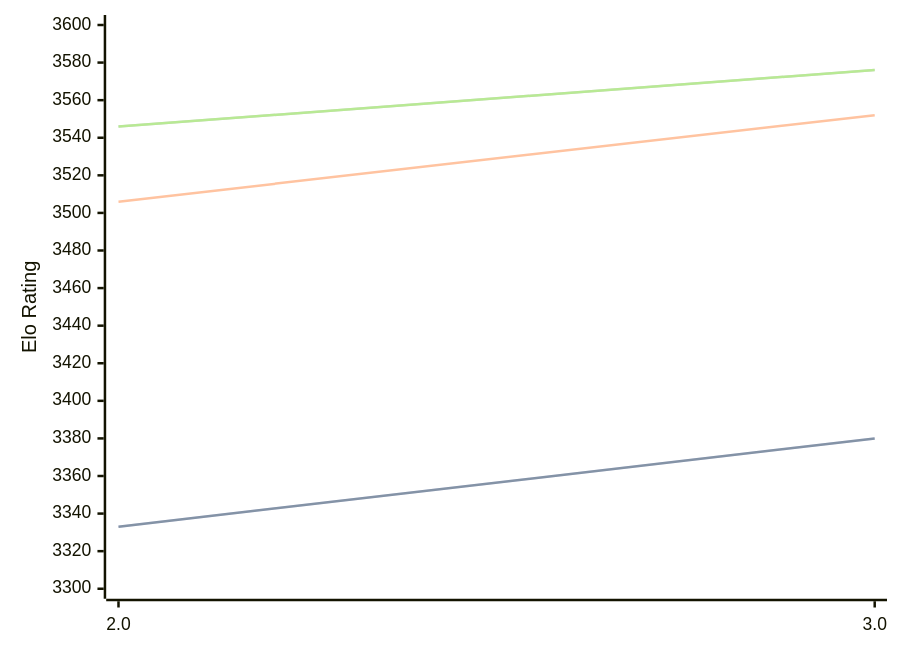
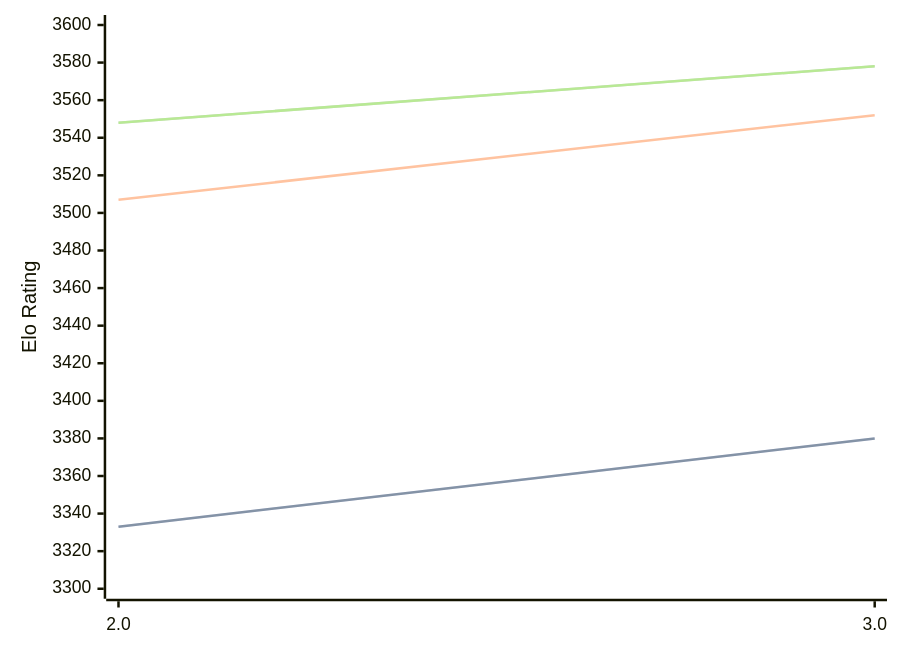
Before and after one commit to computer-chess-index/cci: the diagram in engines/Quanticade.md, drawn with Mermaid. The commit also changed other lines of this file, not shown here.

Commit message:
Update CCI Ratings (ELO VLTC) - 2026-04-25

````diff
--- a/engines/Quanticade.md
+++ b/engines/Quanticade.md
@@ -41,11 +41,11 @@
 ```mermaid
 %%{init: {"theme":"base","themeVariables":{"seriesColors:['#a3a3a3','#222221','#faa371']}}}%%
 xychart-beta
   x-axis ["2.0", "3.0"]
   y-axis "Elo Rating" 3300 --> 3600
   line "STC (8.0+0.08s)" [3333, 3380]
   line "STC (8.0+0.08s)" [3333, 3380]
-  line "LTC (60.0+0.60s)" [3506, 3552]
-  line "VLTC (2m24s+1.12s)" [3546, 3576]
-  line "VLTC (2m24s+1.12s)" [3546, 3576]
+  line "LTC (60.0+0.60s)" [3507, 3552]
+  line "VLTC (2m24s+1.12s)" [3548, 3578]
+  line "VLTC (2m24s+1.12s)" [3548, 3578]
 ```
````
